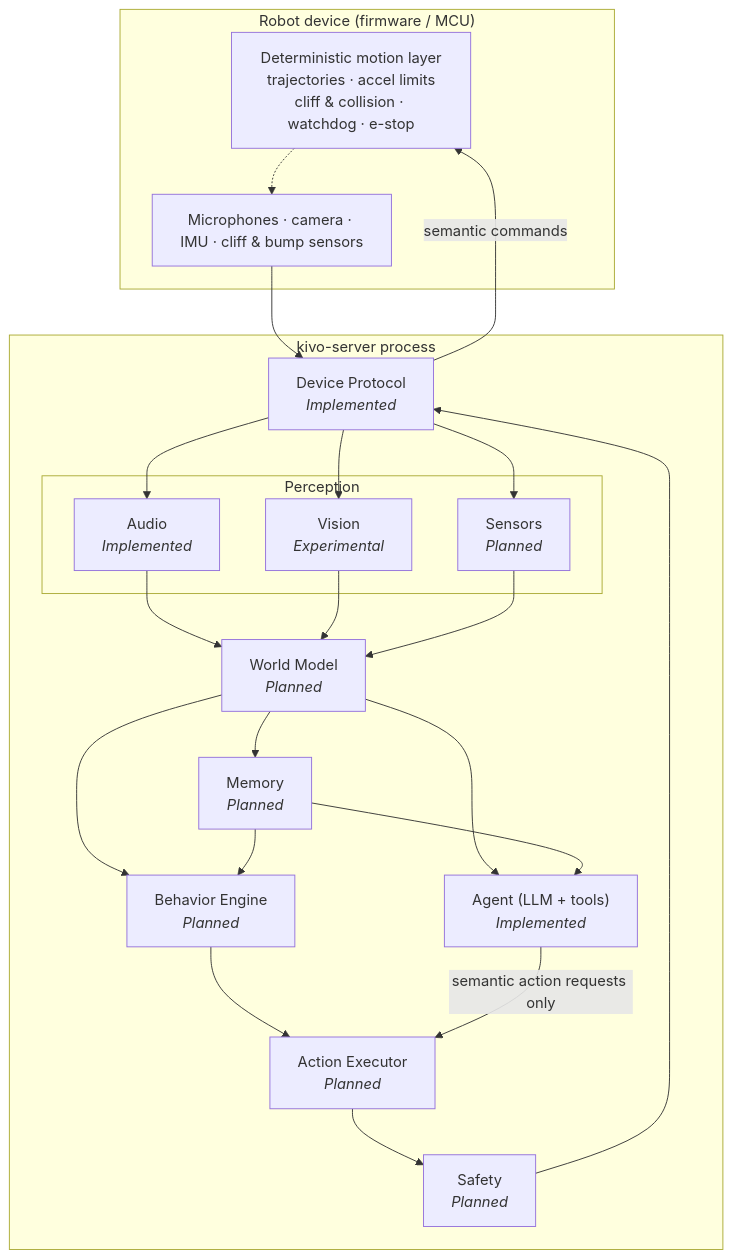
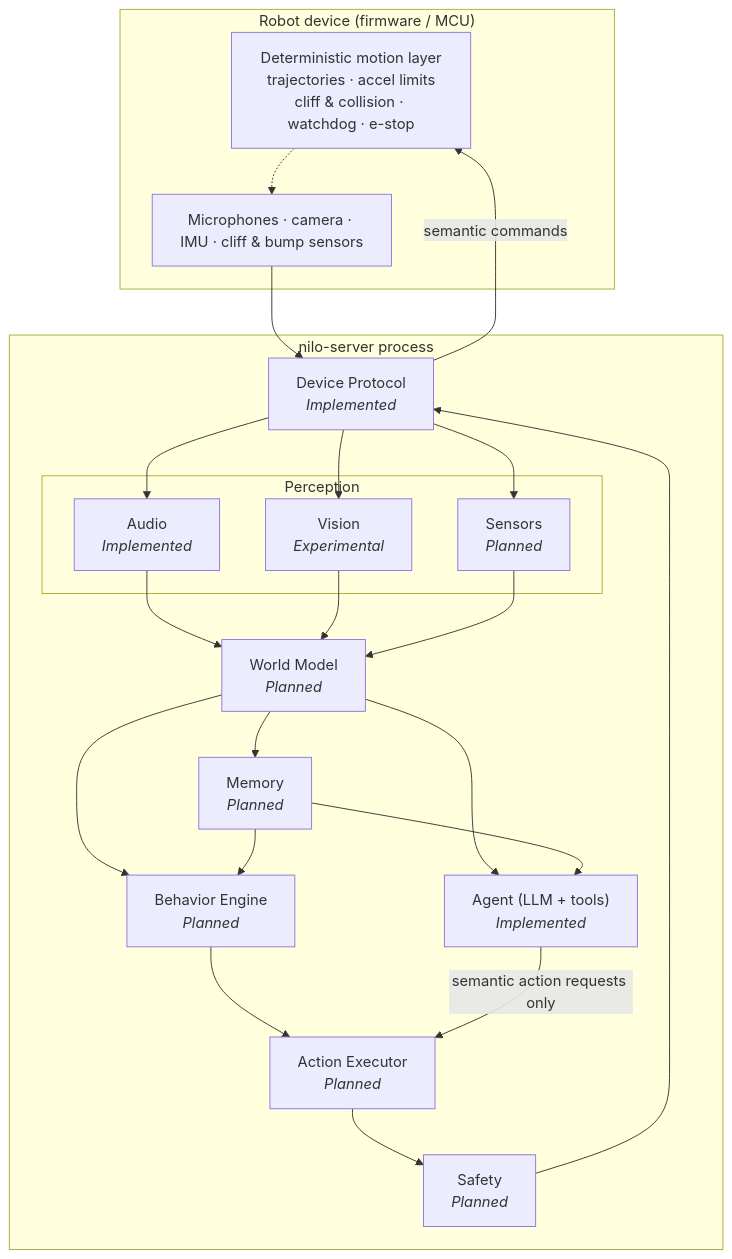
The first of 4 diagrams in docs/robot-architecture.md (AA-Box/Nilo), drawn with Mermaid before and after one commit. The commit also changed other lines of this file and 307 other files, not shown here.

````diff
--- a/docs/robot-architecture.md
+++ b/docs/robot-architecture.md
@@ -59,27 +59,27 @@
 ```mermaid
 flowchart TB
     subgraph device["Robot device (firmware / MCU)"]
         MOT["Deterministic motion layer<br/>trajectories · accel limits<br/>cliff &amp; collision · watchdog · e-stop"]
         SENS["Microphones · camera · IMU · cliff &amp; bump sensors"]
     end
-    subgraph server["kivo-server process"]
+    subgraph server["nilo-server process"]
         DP["Device Protocol<br/><i>Implemented</i>"]
         subgraph perc["Perception"]
             PA["Audio<br/><i>Implemented</i>"]
             PV["Vision<br/><i>Experimental</i>"]
             PS["Sensors<br/><i>Planned</i>"]
         end
         WM["World Model<br/><i>Planned</i>"]
         MEM["Memory<br/><i>Planned</i>"]
         BE["Behavior Engine<br/><i>Planned</i>"]
         AG["Agent (LLM + tools)<br/><i>Implemented</i>"]
         AE["Action Executor<br/><i>Planned</i>"]
         SAF["Safety<br/><i>Planned</i>"]
     end
     SENS --> DP --> PA & PV & PS --> WM
     WM --> MEM & BE & AG
     MEM --> AG & BE
     BE --> AE
     AG -- "semantic action requests only" --> AE --> SAF --> DP
     DP -- "semantic commands" --> MOT -.-> SENS
 ```
````
